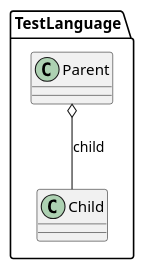
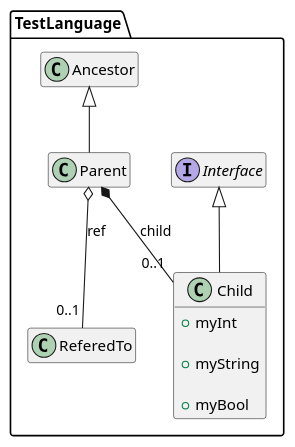
One commit to CampagneLaboratory/UML_Diagrams changed the diagram in solutions/Sandbox/source_gen/Self/TestLanguageView.puml. Above: the diagram before and after it, drawn with PlantUML. The commit also changed 40 other files, not shown here.

Commit message:
Distinguish between composition and aggregation, in the UML sense (child relations are composition in the UML sense, and MPS reference are aggregation in the UML sense). Show extends and concept interfaces implemented by concepts. Fix the hide feature.

```diff
--- a/solutions/Sandbox/source_gen/Self/TestLanguageView.puml
+++ b/solutions/Sandbox/source_gen/Self/TestLanguageView.puml
@@ -1,12 +1,36 @@
 @startuml
+hide empty members
 
 package TestLanguage {
 
 class Child {
+
++myInt
+
++myString
+
++myBool
 }
+
+' this class extends:
+' this class has interfaces:
+Interface <|-- Child 
+
 
 class Parent {
 }
-Parent o-- Child : child
+
+' this class extends:
+Ancestor <|-- Parent 
+' this class has interfaces:
+
+Parent o-- "0..1"ReferedTo : ref
+Parent *-- "0..1" Child : child
+
+interface Interface {
+}
+hide empty members
+' this interface extends:
+
 }
 @enduml
```
